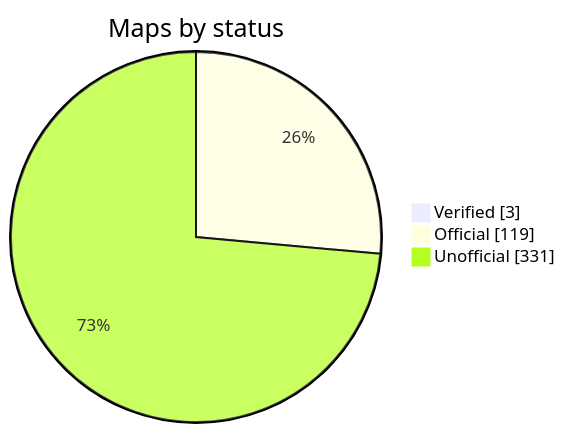
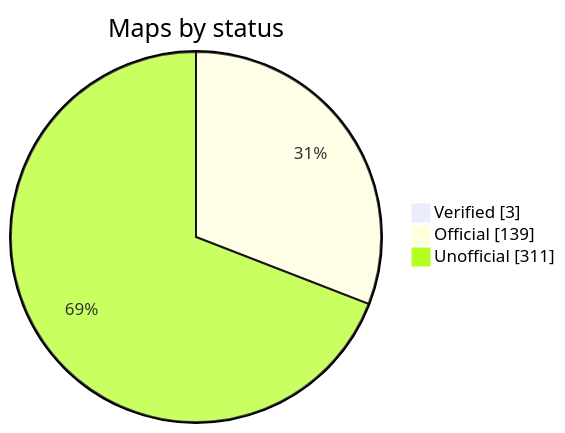
One commit to nobrega8/mbmap-library changed the diagram in README.md. Above: the diagram before and after it, drawn with Mermaid. The commit also changed 1 other file, not shown here.

Commit message:
Rebuild the index

````diff
--- a/README.md
+++ b/README.md
@@ -48,7 +48,7 @@
 ```mermaid
 pie showData
     title Maps by status
     "Verified" : 3
-    "Official" : 119
-    "Unofficial" : 331
+    "Official" : 139
+    "Unofficial" : 311
 ```
````
